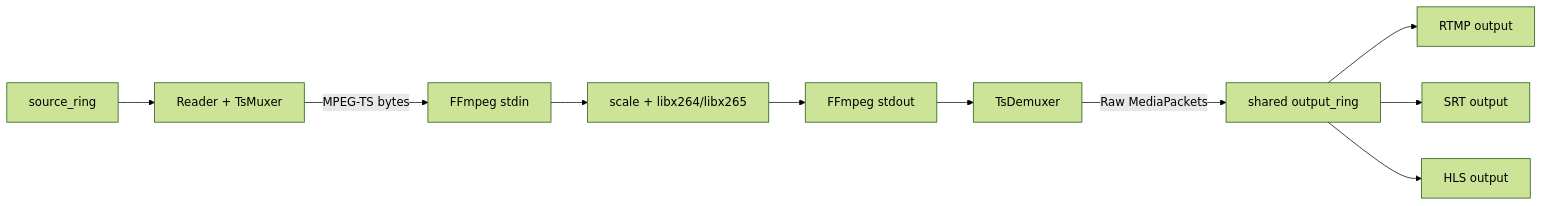
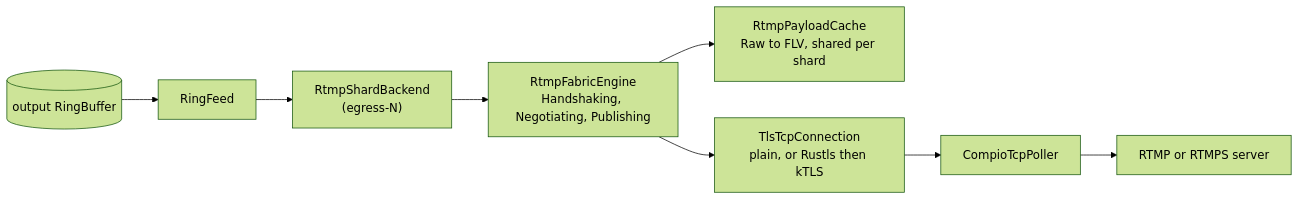
The fifth of 15 diagrams in docs/media-pipeline.md (krsna1729/restream), drawn with Mermaid (forest theme) before and after one commit. The commit also changed other lines of this file and 23 other files, not shown here.

````diff
--- a/docs/media-pipeline.md
+++ b/docs/media-pipeline.md
@@ -233,12 +373,10 @@
 ```mermaid
 flowchart LR
-    Source["source_ring"] --> Reader["Reader + TsMuxer"]
-    Reader -->|MPEG-TS bytes| Stdin["FFmpeg stdin"]
-    Stdin --> Encode["scale + libx264/libx265"]
-    Encode --> Stdout["FFmpeg stdout"]
-    Stdout --> Demux["TsDemuxer"]
-    Demux -->|Raw MediaPackets| Ring["shared output_ring"]
-    Ring --> Rtmp["RTMP output"]
-    Ring --> Srt["SRT output"]
-    Ring --> Hls["HLS output"]
+    Ring[("output RingBuffer")] --> Feed["RingFeed"]
+    Feed --> Backend["RtmpShardBackend<br/>(egress-N)"]
+    Backend --> Engine["RtmpFabricEngine<br/>Handshaking, Negotiating, Publishing"]
+    Engine --> Cache["RtmpPayloadCache<br/>Raw to FLV, shared per shard"]
+    Engine --> Tls["TlsTcpConnection<br/>plain, or Rustls then kTLS"]
+    Tls --> Poller["CompioTcpPoller"]
+    Poller --> Dest["RTMP or RTMPS server"]
 ```
````
